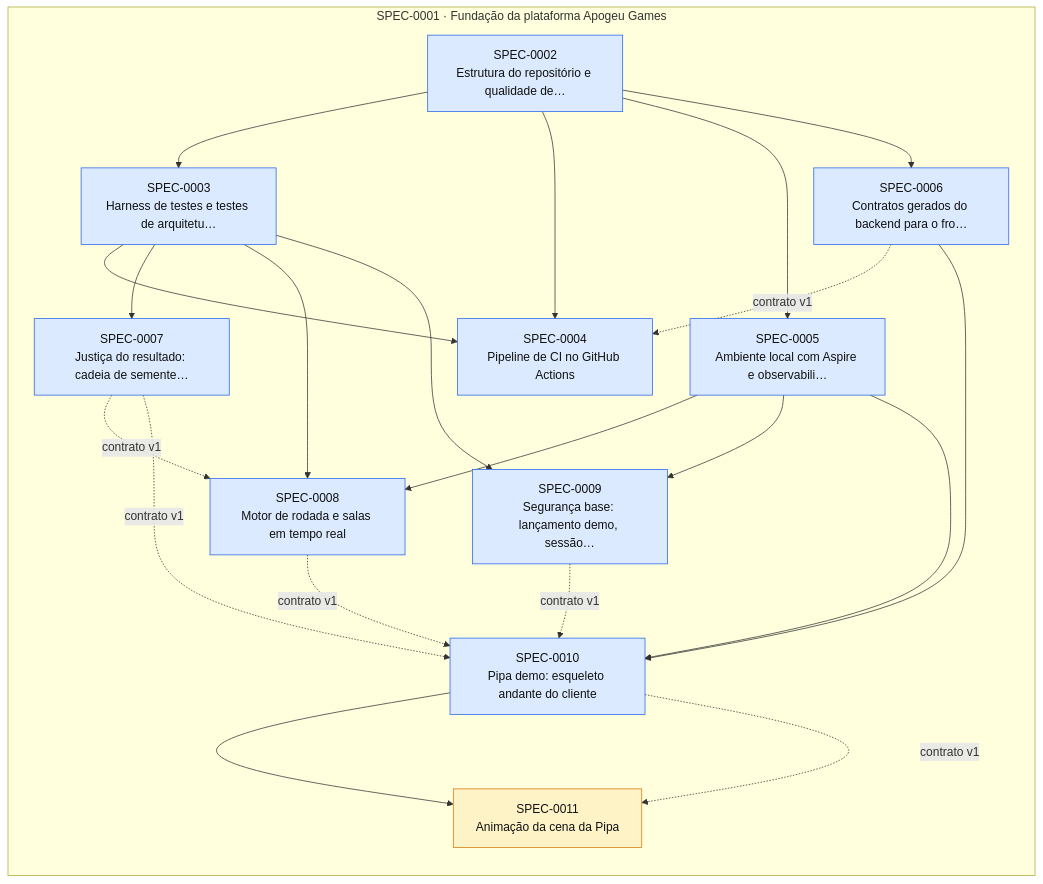
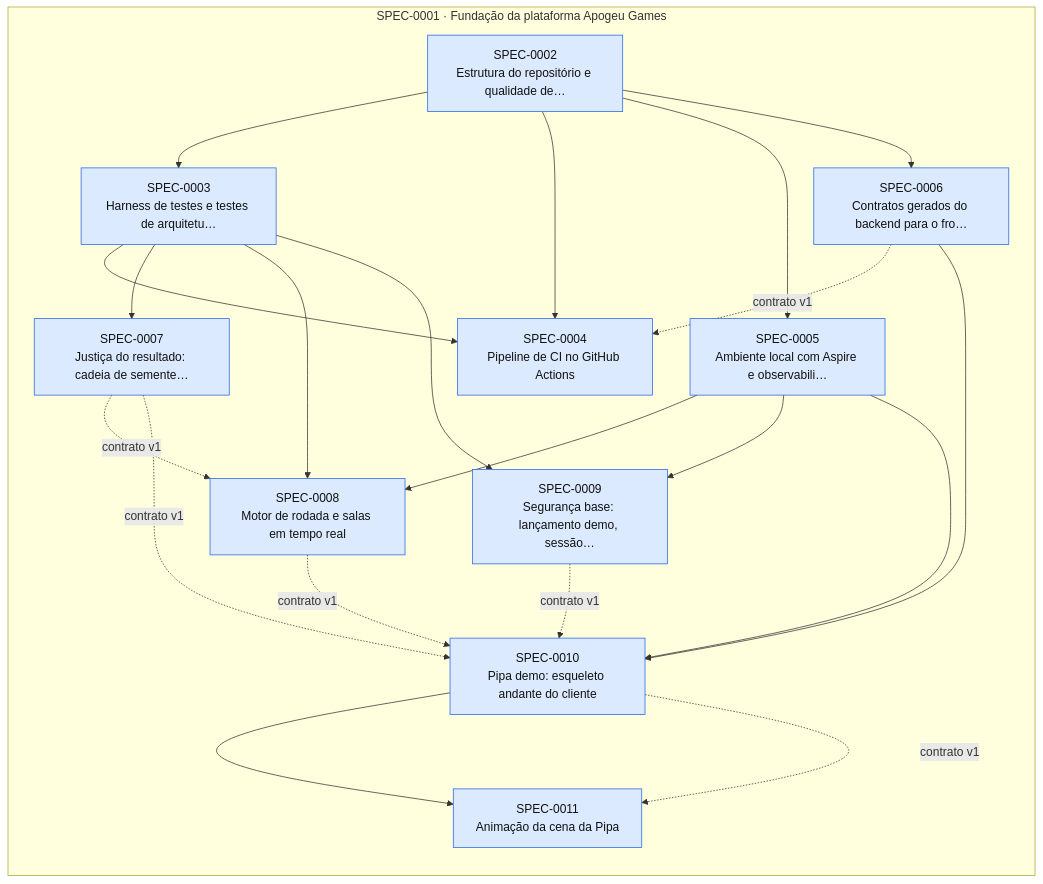
The diagram in docs/specs/INDEX.md (thomasravache/crash-games-provider), drawn with Mermaid before and after one commit. The commit also changed other lines of this file and 3 other files, not shown here.

````diff
--- a/docs/specs/INDEX.md
+++ b/docs/specs/INDEX.md
@@ -69,39 +69,39 @@
 ```mermaid
 flowchart LR
   subgraph E0001["SPEC-0001 · Fundação da plataforma Apogeu Games"]
     S0002["SPEC-0002<br/>Estrutura do repositório e qualidade de…"]:::approved
     S0003["SPEC-0003<br/>Harness de testes e testes de arquitetu…"]:::approved
     S0004["SPEC-0004<br/>Pipeline de CI no GitHub Actions"]:::approved
     S0005["SPEC-0005<br/>Ambiente local com Aspire e observabili…"]:::approved
     S0006["SPEC-0006<br/>Contratos gerados do backend para o fro…"]:::approved
     S0007["SPEC-0007<br/>Justiça do resultado: cadeia de semente…"]:::approved
     S0008["SPEC-0008<br/>Motor de rodada e salas em tempo real"]:::approved
     S0009["SPEC-0009<br/>Segurança base: lançamento demo, sessão…"]:::approved
     S0010["SPEC-0010<br/>Pipa demo: esqueleto andante do cliente"]:::approved
-    S0011["SPEC-0011<br/>Animação da cena da Pipa"]:::proposed
+    S0011["SPEC-0011<br/>Animação da cena da Pipa"]:::approved
   end
   S0002 --> S0003
   S0002 --> S0004
   S0003 --> S0004
   S0006 -. contrato v1 .-> S0004
   S0002 --> S0005
   S0002 --> S0006
   S0003 --> S0007
   S0003 --> S0008
   S0005 --> S0008
   S0007 -. contrato v1 .-> S0008
   S0003 --> S0009
   S0005 --> S0009
   S0005 --> S0010
   S0006 --> S0010
   S0007 -. contrato v1 .-> S0010
   S0008 -. contrato v1 .-> S0010
   S0009 -. contrato v1 .-> S0010
   S0010 --> S0011
   S0010 -. contrato v1 .-> S0011
   classDef proposed fill:#fef3c7,stroke:#d97706,color:#111
   classDef approved fill:#dbeafe,stroke:#2563eb,color:#111
   classDef inprogress fill:#ede9fe,stroke:#7c3aed,color:#111
   classDef implemented fill:#dcfce7,stroke:#16a34a,color:#111
   classDef deprecated fill:#f3f4f6,stroke:#9ca3af,color:#6b7280
 ```
````
